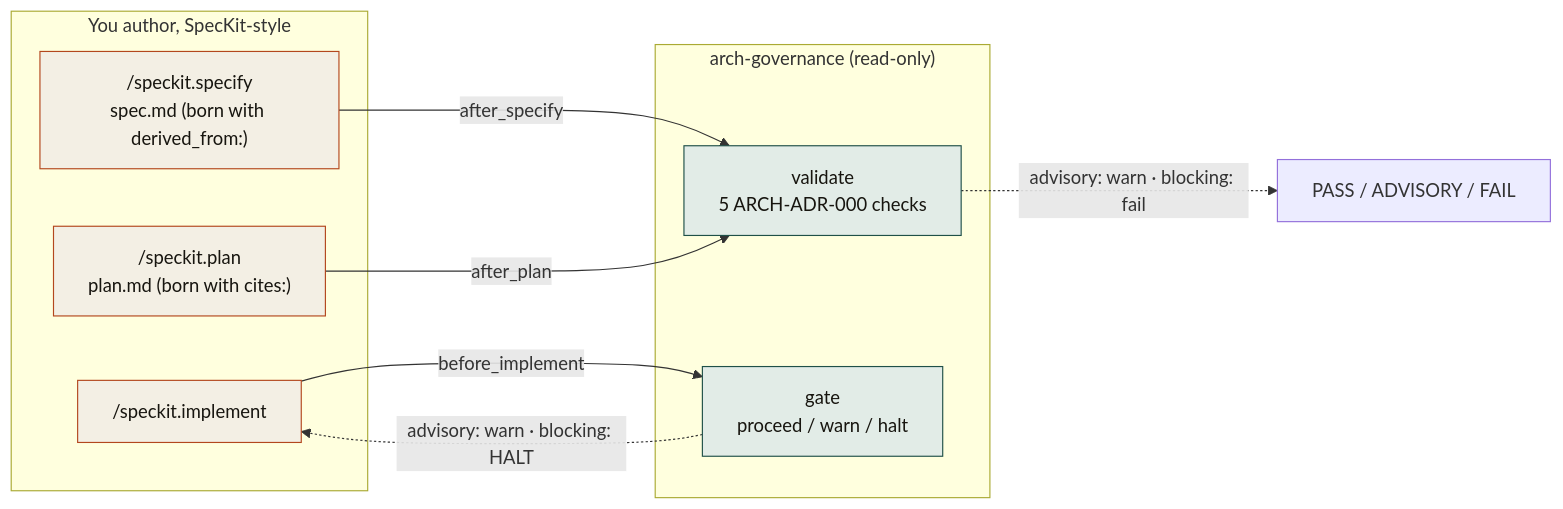
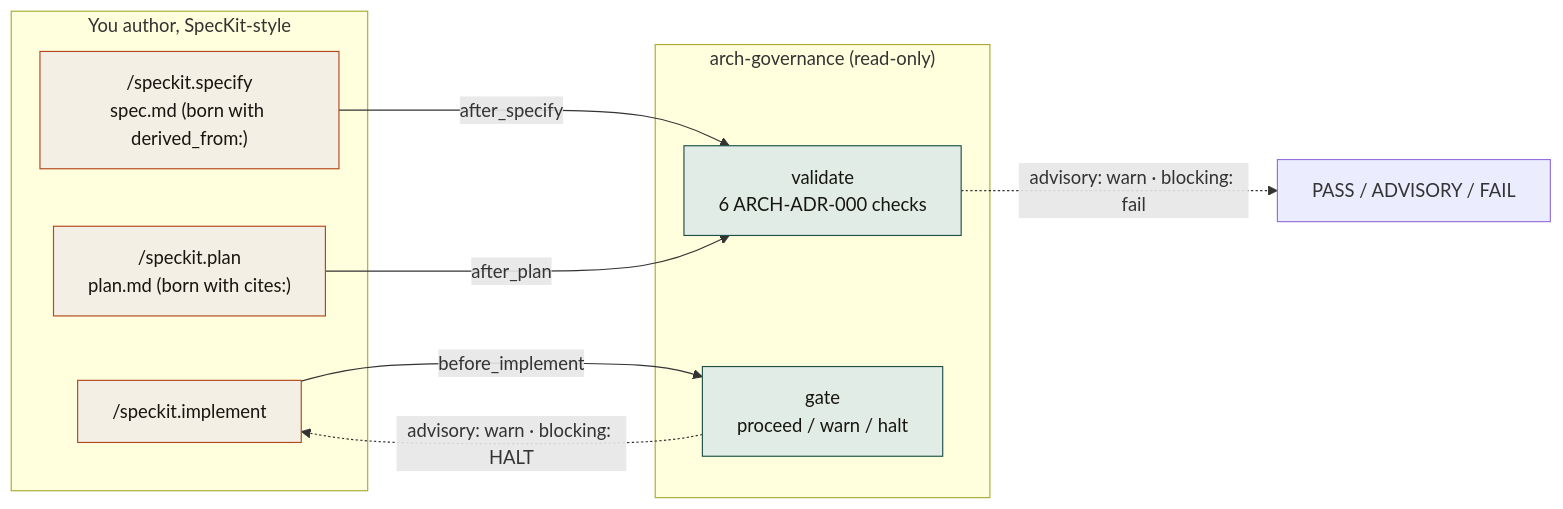
Before and after one commit to ashbrener/spec-kit-arch-governance: the first of 3 diagrams in README.md, drawn with Mermaid. The commit also changed other lines of this file and 24 other files, not shown here.

````diff
--- a/README.md
+++ b/README.md
@@ -38,22 +39,22 @@
 ```mermaid
 flowchart LR
     subgraph AUTHOR["You author, SpecKit-style"]
         S["/speckit.specify<br/>spec.md (born with derived_from:)"]
         P["/speckit.plan<br/>plan.md (born with cites:)"]
         I["/speckit.implement"]
     end
     subgraph GOV["arch-governance (read-only)"]
-        V["validate<br/>5 ARCH-ADR-000 checks"]
+        V["validate<br/>6 ARCH-ADR-000 checks"]
         G["gate<br/>proceed / warn / halt"]
     end
     S -->|after_specify| V
     P -->|after_plan| V
     I -->|before_implement| G
     V -.->|advisory: warn · blocking: fail| OUT["PASS / ADVISORY / FAIL"]
     G -.->|advisory: warn · blocking: HALT| I
 
     classDef a fill:#f3efe4,stroke:#b3471d,color:#17150f
     classDef g fill:#e2ece7,stroke:#1f5048,color:#17150f
     class S,P,I a
     class V,G g
 ```
````
